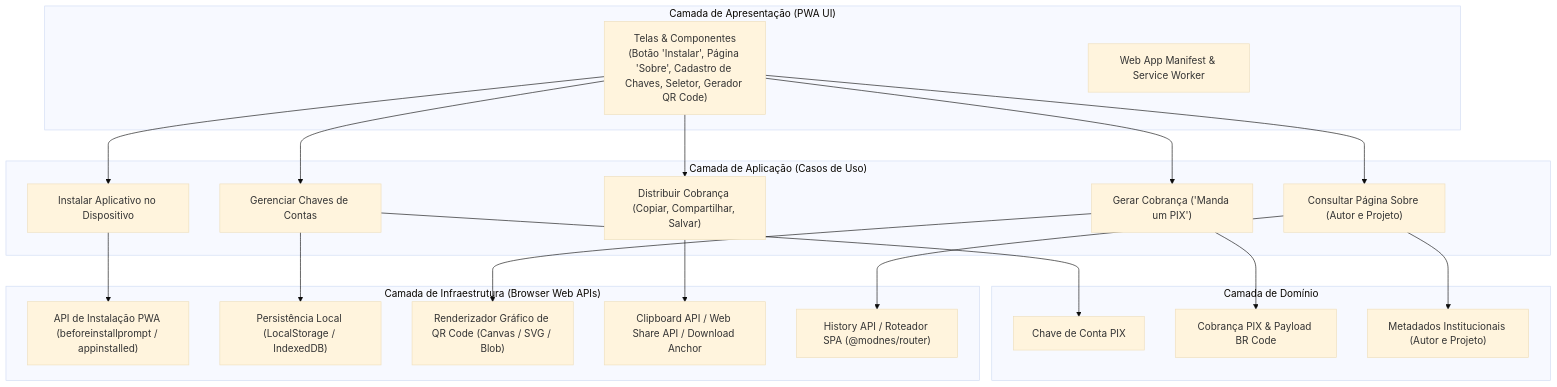
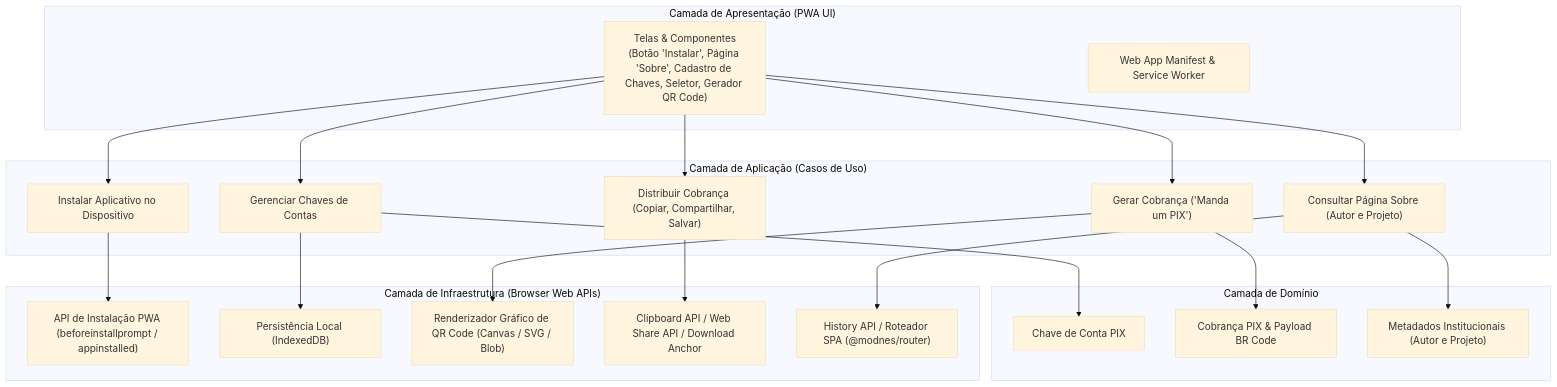
One commit to luizcanet/mandaumpix.app changed the diagram in docs/architecture/overview.md. Above: the diagram before and after it, drawn with Mermaid (base theme). The commit also changed other lines of this file and 13 other files, not shown here.

Commit message:
docs: update changelog and architecture documentation for local persistence and updates

````diff
--- a/docs/architecture/overview.md
+++ b/docs/architecture/overview.md
@@ -26,39 +26,39 @@
 ```mermaid
 flowchart TD
     subgraph UI["Camada de Apresentação (PWA UI)"]
         Views["Telas & Componentes<br/>(Botão 'Instalar', Página 'Sobre', Cadastro de Chaves, Seletor, Gerador QR Code)"]
         PWAAssets["Web App Manifest & Service Worker"]
     end
 
     subgraph AppLayer["Camada de Aplicação (Casos de Uso)"]
         UC0["Instalar Aplicativo no Dispositivo"]
         UC1["Gerenciar Chaves de Contas"]
         UC2["Gerar Cobrança ('Manda um PIX')"]
         UC3["Distribuir Cobrança (Copiar, Compartilhar, Salvar)"]
         UC4["Consultar Página Sobre (Autor e Projeto)"]
     end
 
     subgraph Domain["Camada de Domínio"]
         EntKey["Chave de Conta PIX"]
         EntCharge["Cobrança PIX & Payload BR Code"]
         EntAbout["Metadados Institucionais (Autor e Projeto)"]
     end
 
     subgraph Infra["Camada de Infraestrutura (Browser Web APIs)"]
         PWAInstall["API de Instalação PWA (beforeinstallprompt / appinstalled)"]
-        Storage["Persistência Local (LocalStorage / IndexedDB)"]
+        Storage["Persistência Local (IndexedDB)"]
         QRGen["Renderizador Gráfico de QR Code (Canvas / SVG / Blob)"]
         ShareClip["Clipboard API / Web Share API / Download Anchor"]
         RouterInfra["History API / Roteador SPA (@modnes/router)"]
     end
 
     Views --> UC0 & UC1 & UC2 & UC3 & UC4
     UC0 --> PWAInstall
     UC1 --> EntKey
     UC2 --> EntCharge
     UC4 --> EntAbout
     UC1 --> Storage
     UC2 --> QRGen
     UC3 --> ShareClip
     UC4 --> RouterInfra
 ```
````
